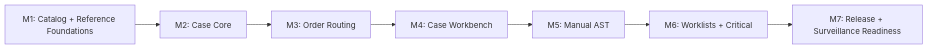
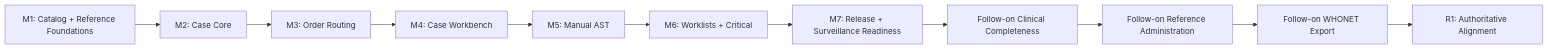
The diagram in specs/782-ogc-782-microbiology-mvp-spec/plan.md (DIGI-UW/OpenELIS-Global-2), drawn with Mermaid before and after one commit. The commit also changed other lines of this file and 9 other files, not shown here.

Commit message:
docs(microbiology): restore authoritative alignment contract

````diff
--- a/specs/782-ogc-782-microbiology-mvp-spec/plan.md
+++ b/specs/782-ogc-782-microbiology-mvp-spec/plan.md
@@ -116,9 +119,13 @@
 ```mermaid
 graph LR
     M1["M1: Catalog + Reference Foundations"] --> M2["M2: Case Core"]
     M2 --> M3["M3: Order Routing"]
     M3 --> M4["M4: Case Workbench"]
     M4 --> M5["M5: Manual AST"]
     M5 --> M6["M6: Worklists + Critical"]
     M6 --> M7["M7: Release + Surveillance Readiness"]
+    M7 --> M8["Follow-on Clinical Completeness"]
+    M8 --> M9["Follow-on Reference Administration"]
+    M9 --> M10["Follow-on WHONET Export"]
+    M10 --> R1["R1: Authoritative Alignment"]
 ```
````
